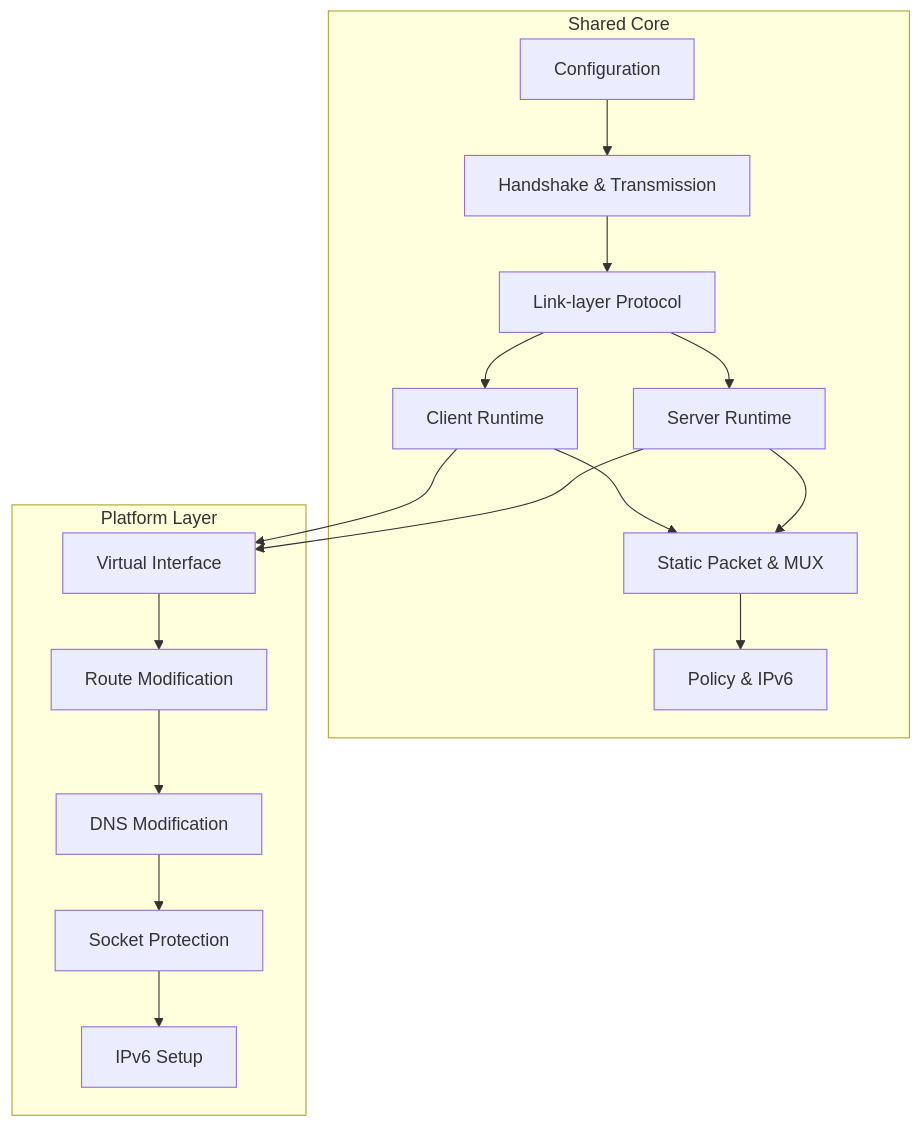
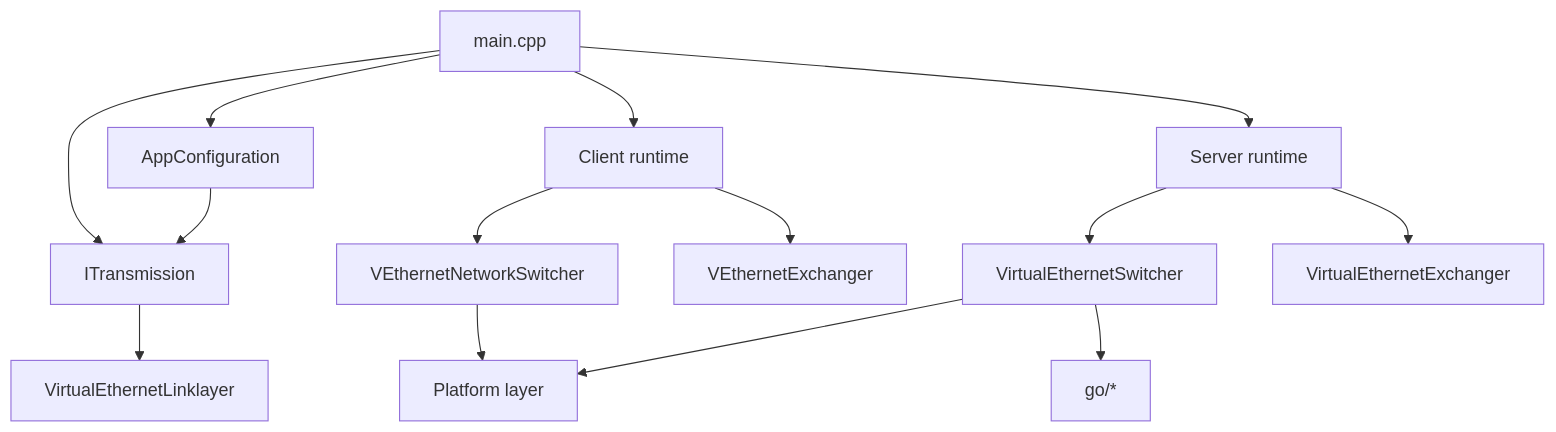
One commit to HyacinthHaru/openppp2 changed the diagram in docs/ARCHITECTURE.md. Above: the diagram before and after it, drawn with Mermaid. The commit also changed other lines of this file and 45 other files, not shown here.

````diff
--- a/docs/ARCHITECTURE.md
+++ b/docs/ARCHITECTURE.md
@@ -116,22 +25,16 @@
 ```mermaid
-flowchart TD
-    subgraph "Shared Core"
-        A[Configuration] --> B[Handshake & Transmission]
-        B --> C[Link-layer Protocol]
-        C --> D[Client Runtime]
-        C --> E[Server Runtime]
-        D --> F[Static Packet & MUX]
-        E --> F
-        F --> G[Policy & IPv6]
-    end
-    
-    subgraph "Platform Layer"
-        H[Virtual Interface] --> I[Route Modification]
-        I --> J[DNS Modification]
-        J --> K[Socket Protection]
-        K --> L[IPv6 Setup]
-    end
-    
-    D --> H
-    E --> H
+graph TD
+    A[main.cpp] --> B[AppConfiguration]
+    A --> C[ITransmission]
+    A --> D[Client runtime]
+    A --> E[Server runtime]
+    B --> C
+    C --> F[VirtualEthernetLinklayer]
+    D --> G[VEthernetNetworkSwitcher]
+    D --> H[VEthernetExchanger]
+    E --> I[VirtualEthernetSwitcher]
+    E --> J[VirtualEthernetExchanger]
+    G --> K[Platform layer]
+    I --> K
+    I --> L[go/*]
 ```
````
